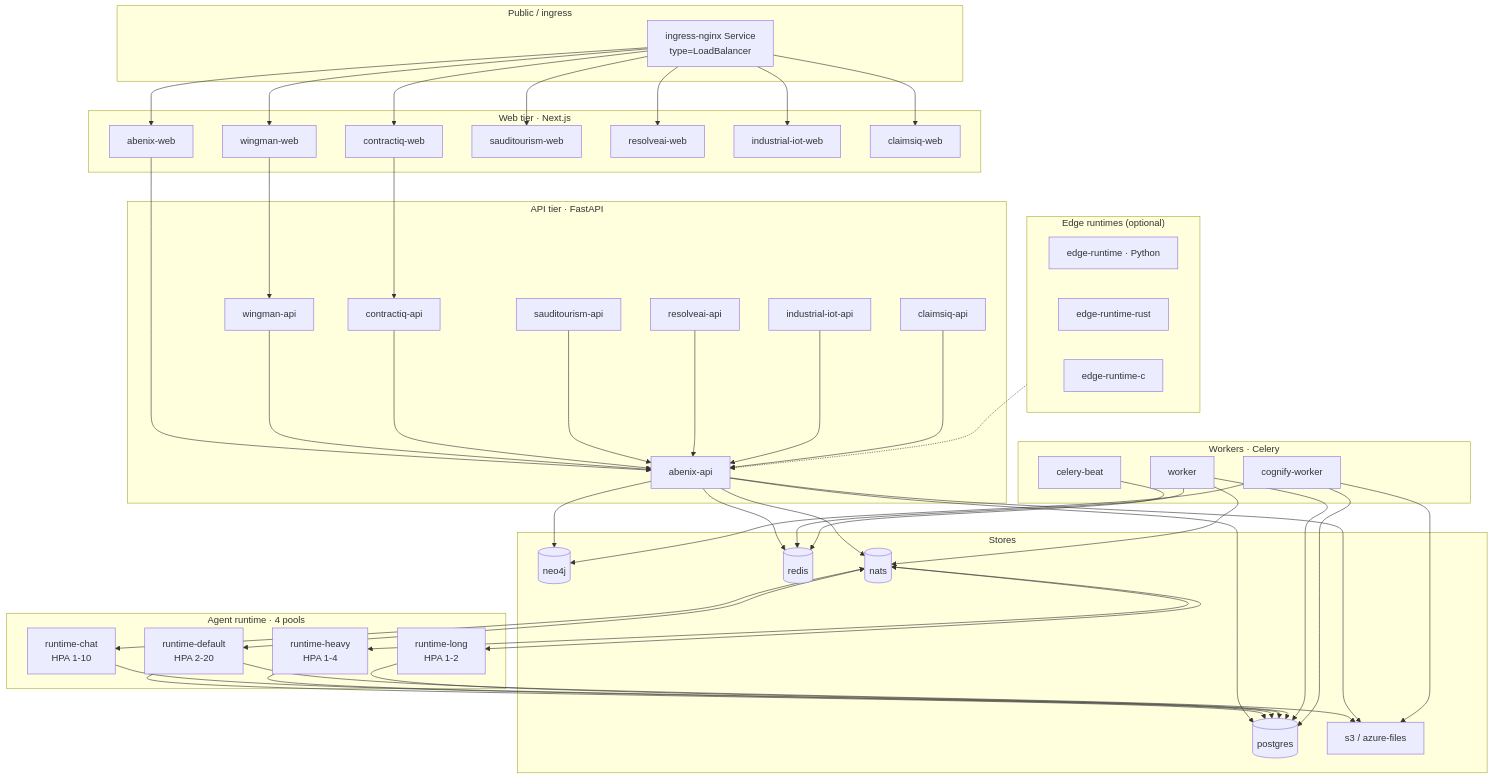
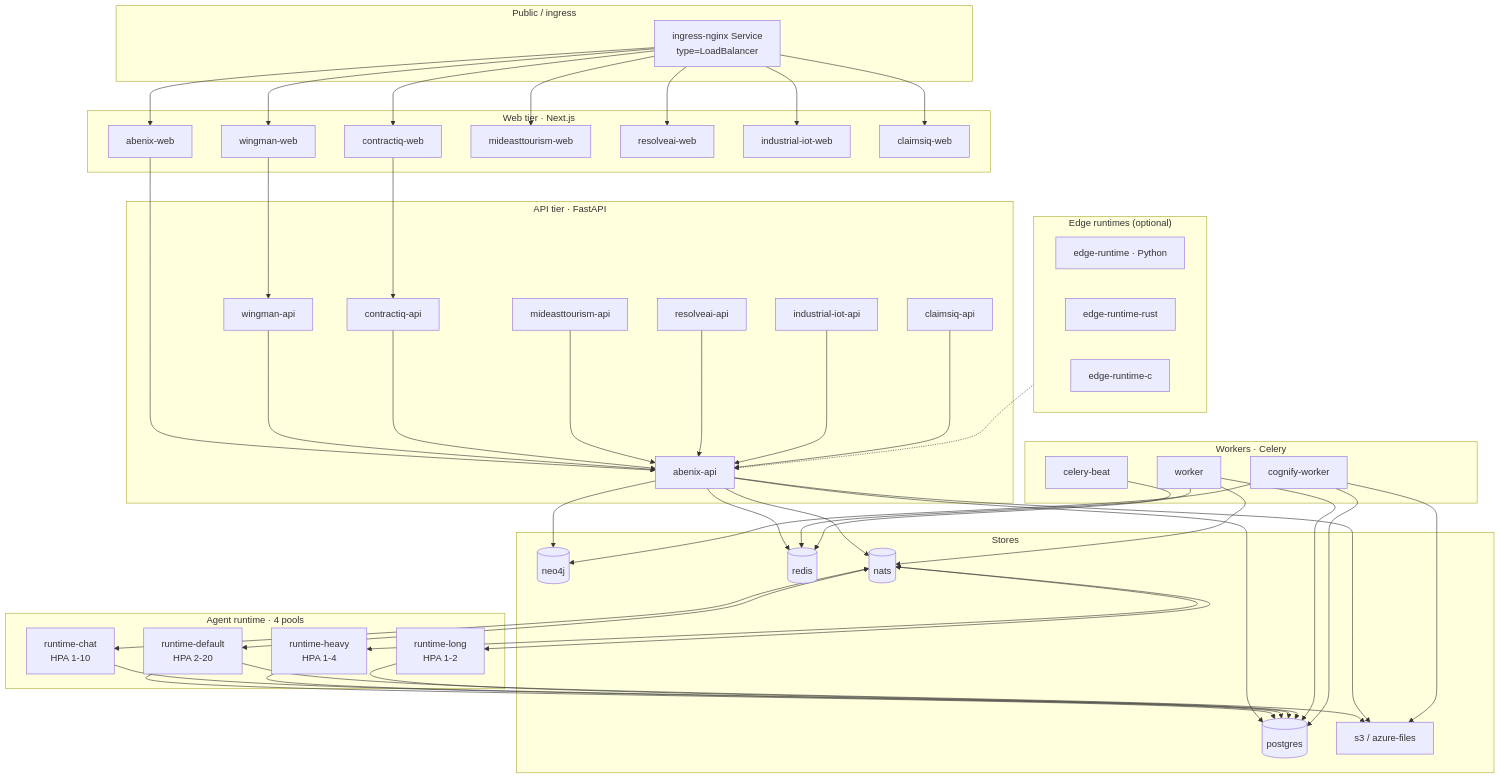
The diagram in docs/01-architecture/03-services.md (sarkar4777/abenix), drawn with Mermaid before and after one commit. The commit also changed other lines of this file and 142 other files, not shown here.

```diff
--- a/docs/01-architecture/03-services.md
+++ b/docs/01-architecture/03-services.md
@@ -18,7 +18,7 @@
     AW[abenix-web]
     WW[wingman-web]
     CW[contractiq-web]
-    SW[sauditourism-web]
+    SW[mideasttourism-web]
     RW[resolveai-web]
     IW[industrial-iot-web]
     CIW[claimsiq-web]
@@ -28,7 +28,7 @@
     AAPI[abenix-api]
     WAPI[wingman-api]
     CAPI[contractiq-api]
-    SAPI[sauditourism-api]
+    SAPI[mideasttourism-api]
     RAPI[resolveai-api]
     IAPI[industrial-iot-api]
     CIAPI[claimsiq-api]
```
